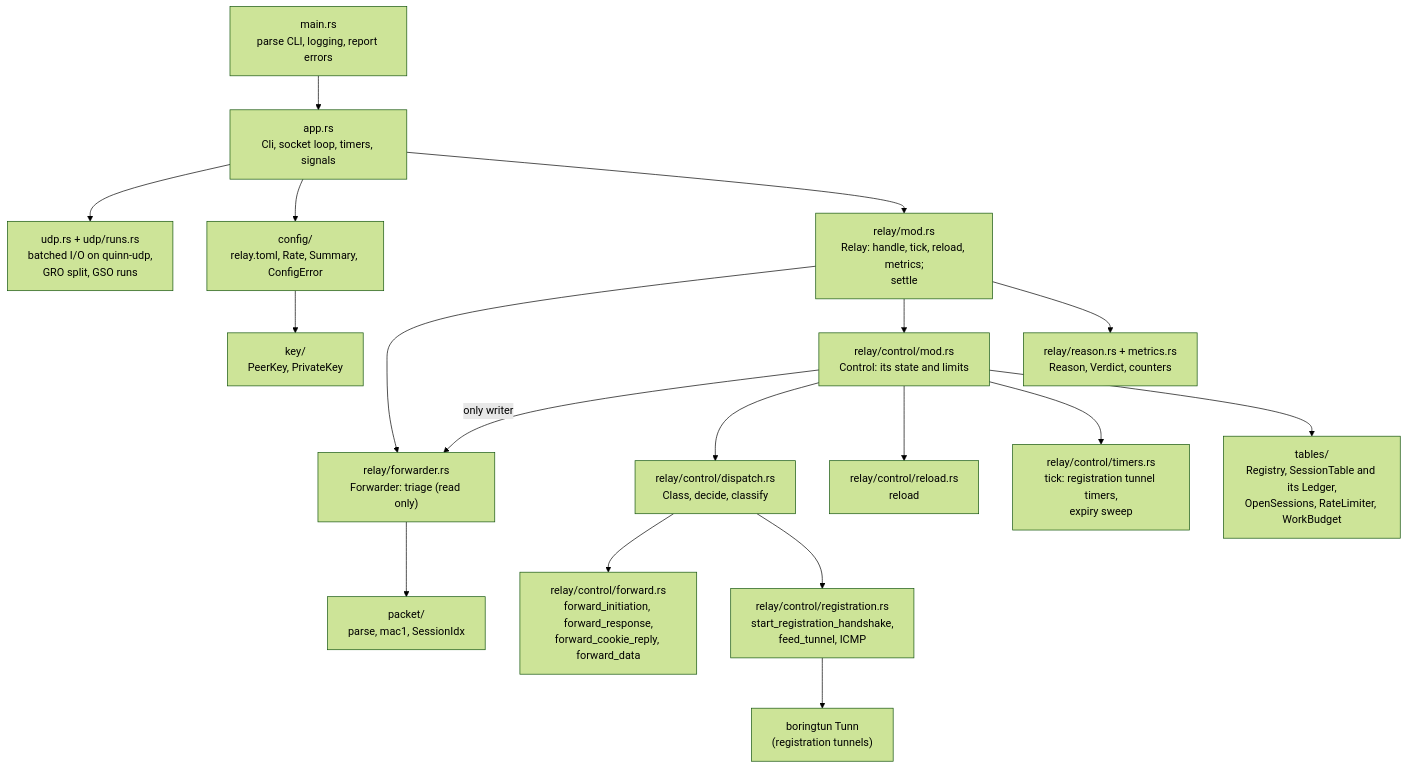
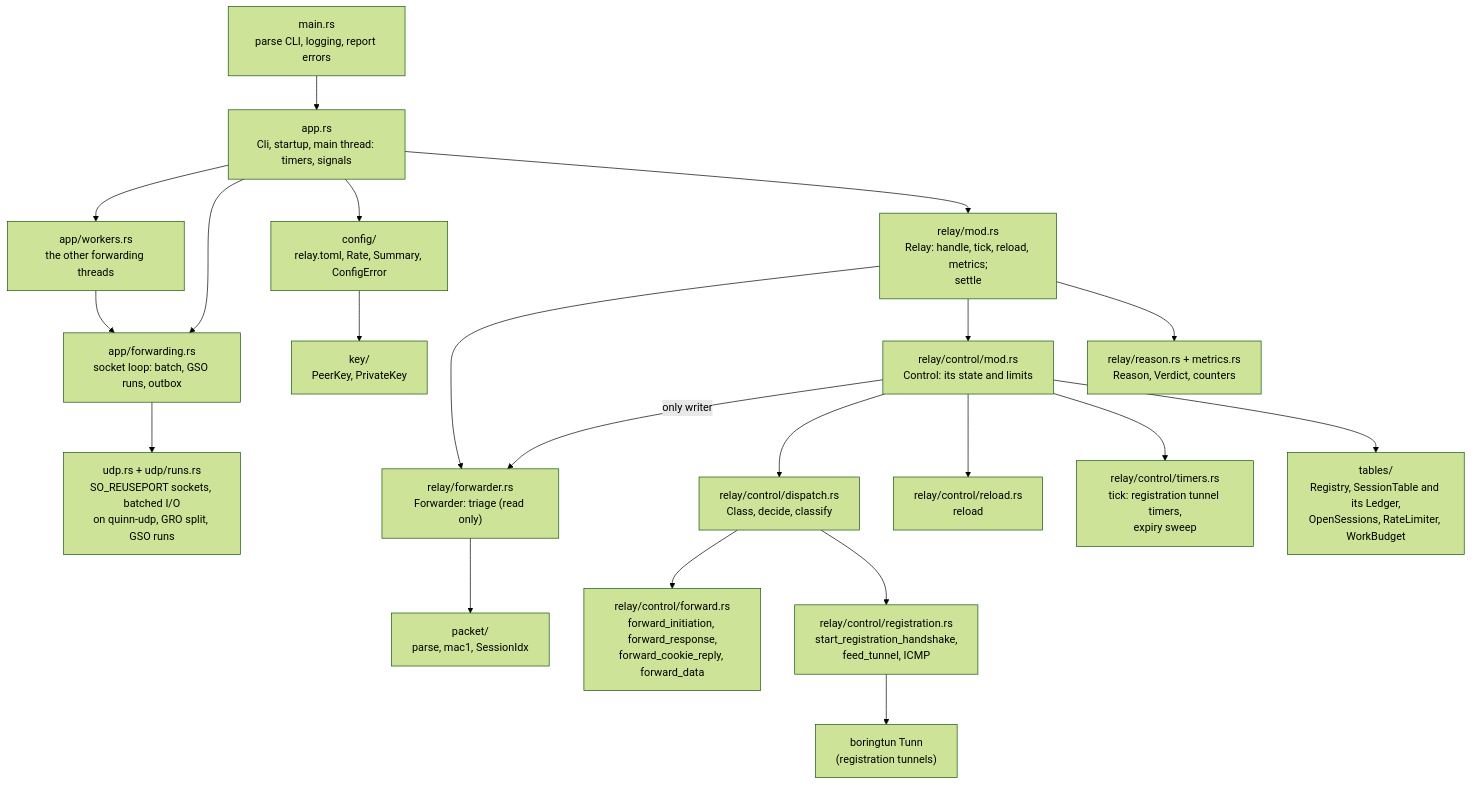
Diagram 22 of 23 in docs/how-it-works.md (3alpha/wg-relay), drawn with Mermaid (forest theme) before and after one commit. The commit also changed other lines of this file and 26 other files, not shown here.

First line of the commit message:
feat(app): forward on several threads sharing one relay

````diff
--- a/docs/how-it-works.md
+++ b/docs/how-it-works.md
@@ -721,20 +751,23 @@
 ```mermaid
 flowchart TD
-    main["main.rs<br/>parse CLI, logging, report errors"] --> app["app.rs<br/>Cli, socket loop, timers, signals"]
-    app --> udp["udp.rs + udp/runs.rs<br/>batched I/O on quinn-udp,<br/>GRO split, GSO runs"]
+    main["main.rs<br/>parse CLI, logging, report errors"] --> app["app.rs<br/>Cli, startup, main thread: timers, signals"]
+    app --> wrk["app/workers.rs<br/>the other forwarding threads"]
+    app --> loop["app/forwarding.rs<br/>socket loop: batch, GSO runs, outbox"]
+    wrk --> loop
+    loop --> udp["udp.rs + udp/runs.rs<br/>SO_REUSEPORT sockets, batched I/O<br/>on quinn-udp, GRO split, GSO runs"]
     app --> cfg["config/<br/>relay.toml, Rate, Summary, ConfigError"]
     app --> relay["relay/mod.rs<br/>Relay: handle, tick, reload, metrics;<br/>settle"]
     relay --> fwdr["relay/forwarder.rs<br/>Forwarder: triage (read only)"]
     relay --> ctl["relay/control/mod.rs<br/>Control: its state and limits"]
     ctl -- "only writer" --> fwdr
     ctl --> dsp["relay/control/dispatch.rs<br/>Class, decide, classify"]
     dsp --> fwd["relay/control/forward.rs<br/>forward_initiation, forward_response,<br/>forward_cookie_reply, forward_data"]
     dsp --> regm["relay/control/registration.rs<br/>start_registration_handshake,<br/>feed_tunnel, ICMP"]
     ctl --> rel["relay/control/reload.rs<br/>reload"]
     ctl --> tmr["relay/control/timers.rs<br/>tick: registration tunnel timers,<br/>expiry sweep"]
     relay --> rsn["relay/reason.rs + metrics.rs<br/>Reason, Verdict, counters"]
     ctl --> tbl["tables/<br/>Registry, SessionTable and its Ledger,<br/>OpenSessions, RateLimiter, WorkBudget"]
     fwdr --> pkt["packet/<br/>parse, mac1, SessionIdx"]
     regm --> bt["boringtun Tunn<br/>(registration tunnels)"]
     cfg --> key["key/<br/>PeerKey, PrivateKey"]
 ```
````
